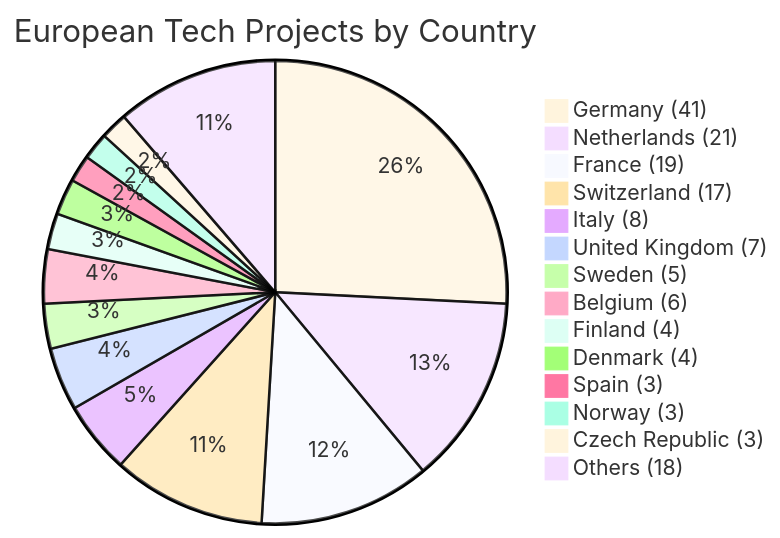
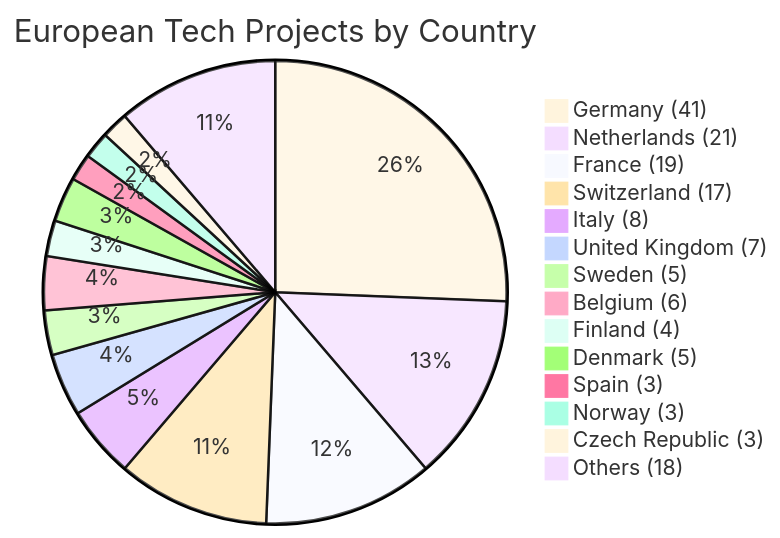
Before and after one commit to uscneps/Awesome-European-Tech: the diagram in README.md, drawn with Mermaid. The commit also changed other lines of this file, not shown here.

Commit message:
add webdock.io to VPS services

````diff
--- a/README.md
+++ b/README.md
@@ -23,19 +23,19 @@
 ```mermaid
 %%{init: {'theme': 'base' }}%%
 pie
   title European Tech Projects by Country
   "Germany (41)" : 41
   "Netherlands (21)" : 21
   "France (19)" : 19
   "Switzerland (17)" : 17
   "Italy (8)" : 8
   "United Kingdom (7)" : 7
   "Sweden (5)" : 5
   "Belgium (6)" : 6
   "Finland (4)" : 4
-  "Denmark (4)" : 4
+  "Denmark (5)" : 5
   "Spain (3)" : 3
   "Norway (3)" : 3
   "Czech Republic (3)" : 3
   "Others (18)" : 18
 ```
````
